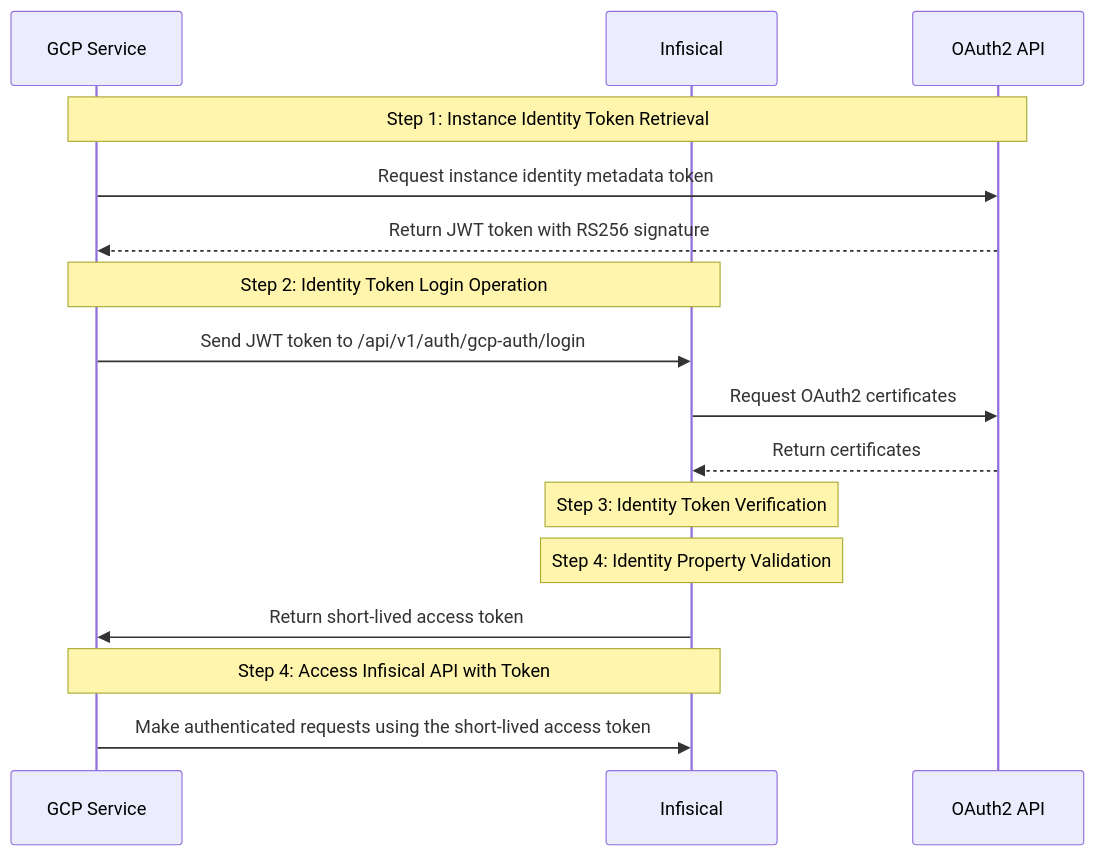
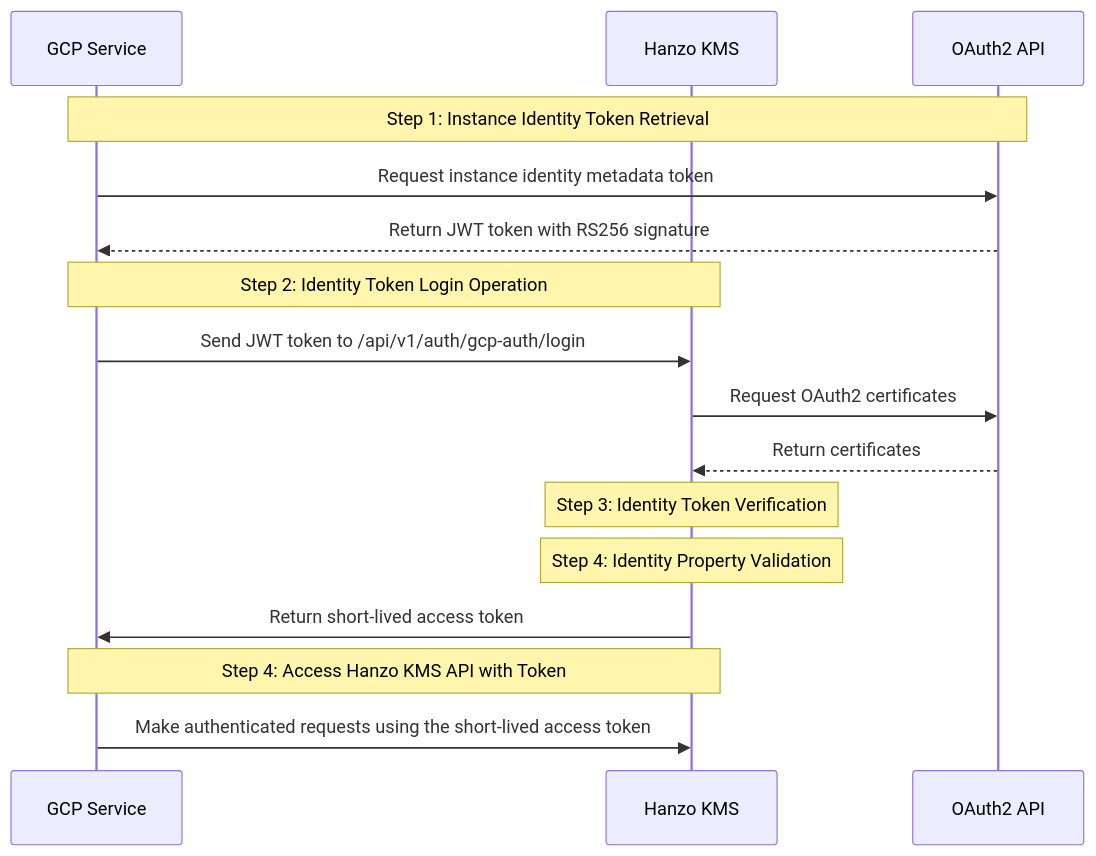
The first of 2 diagrams in docs/documentation/platform/identities/gcp-auth.mdx (hanzoai/kms), drawn with Mermaid before and after one commit. The commit also changed other lines of this file and 927 other files, not shown here.

First line of the commit message:
feat: complete Hanzo KMS rebranding across upstream merge

````diff
--- a/docs/documentation/platform/identities/gcp-auth.mdx
+++ b/docs/documentation/platform/identities/gcp-auth.mdx
@@ -18,22 +18,22 @@
 ```mermaid
 sequenceDiagram
   participant GCE as GCP Service
-  participant Infis as Infisical
+  participant Infis as Hanzo KMS
   participant Google as OAuth2 API
 
   Note over GCE,Google: Step 1: Instance Identity Token Retrieval
   GCE->>Google: Request instance identity metadata token
   Google-->>GCE: Return JWT token with RS256 signature
 
   Note over GCE,Infis: Step 2: Identity Token Login Operation
   GCE->>Infis: Send JWT token to /api/v1/auth/gcp-auth/login
   Infis->>Google: Request OAuth2 certificates
   Google-->>Infis: Return certificates
 
   Note over Infis: Step 3: Identity Token Verification
   Note over Infis: Step 4: Identity Property Validation
   Infis->>GCE: Return short-lived access token
 
-  Note over GCE,Infis: Step 4: Access Infisical API with Token
+  Note over GCE,Infis: Step 4: Access Hanzo KMS API with Token
   GCE->>Infis: Make authenticated requests using the short-lived access token
 ```
````
